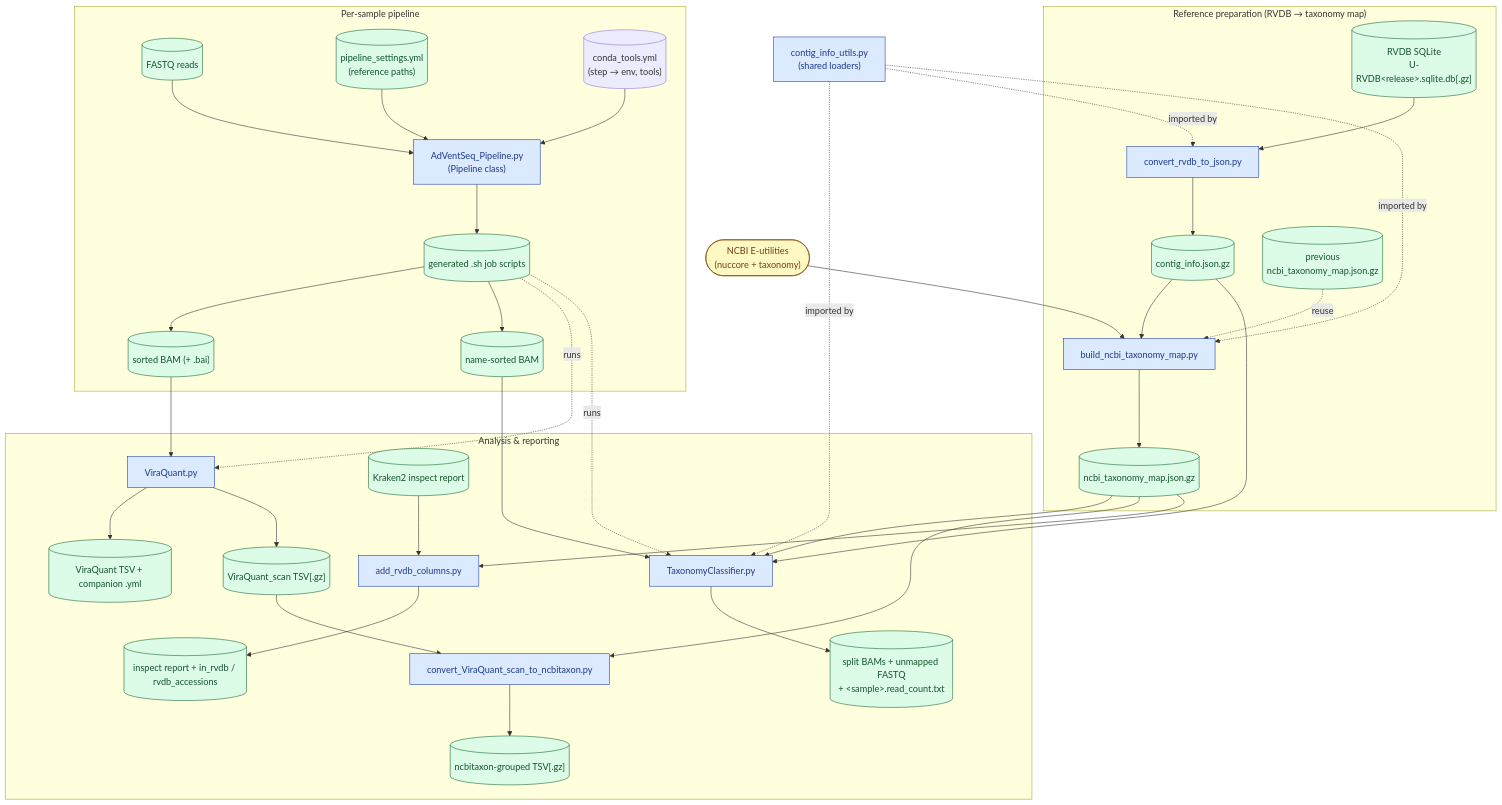
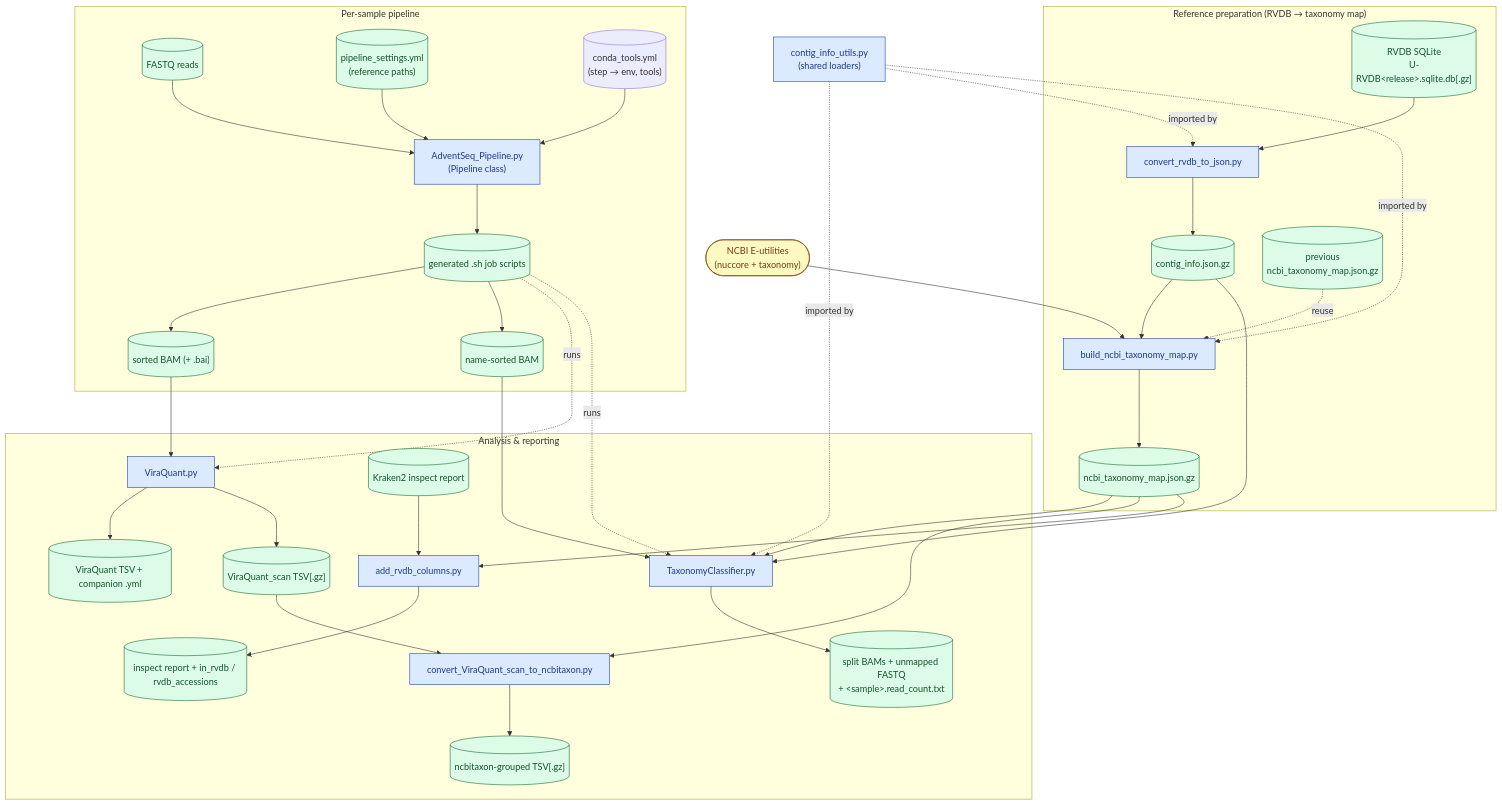
One commit to gongbinsheng/AdventSeq changed the diagram in README.md. Above: the diagram before and after it, drawn with Mermaid. The commit also changed other lines of this file and 28 other files, not shown here.

First line of the commit message:
Rename package AdVentSeq -> AdventSeq; bump to 3.0.0

````diff
--- a/README.md
+++ b/README.md
@@ -14,79 +14,79 @@
 ```mermaid
 flowchart TD
     %% ---- External / shared ----
     NCBI(["NCBI E-utilities<br/>(nuccore + taxonomy)"])
     UTILS["contig_info_utils.py<br/>(shared loaders)"]
 
     %% ===== Reference data preparation =====
     subgraph REF["Reference preparation (RVDB &rarr; taxonomy map)"]
         RVDB[("RVDB SQLite<br/>U-RVDB&lt;release&gt;.sqlite.db[.gz]")]
         CONVERT["convert_rvdb_to_json.py"]
         CONTIG[("contig_info.json.gz")]
         BUILDMAP["build_ncbi_taxonomy_map.py"]
         PREVMAP[("previous<br/>ncbi_taxonomy_map.json.gz")]
         TAXMAP[("ncbi_taxonomy_map.json.gz")]
 
         RVDB --> CONVERT --> CONTIG
         CONTIG --> BUILDMAP --> TAXMAP
         PREVMAP -. reuse .-> BUILDMAP
     end
     NCBI --> BUILDMAP
 
     %% ===== Pipeline / alignment =====
     subgraph PIPE["Per-sample pipeline"]
         FASTQ[("FASTQ reads")]
         SETTINGS[("pipeline_settings.yml<br/>(reference paths)")]
         CONDATOOLS[("conda_tools.yml<br/>(step &rarr; env, tools)")]
-        PIPELINE["AdVentSeq_Pipeline.py<br/>(Pipeline class)"]
+        PIPELINE["AdventSeq_Pipeline.py<br/>(Pipeline class)"]
         JOBS[("generated .sh job scripts")]
         SORTBAM[("sorted BAM (+ .bai)")]
         NAMEBAM[("name-sorted BAM")]
 
         FASTQ --> PIPELINE
         SETTINGS --> PIPELINE
         CONDATOOLS --> PIPELINE
         PIPELINE --> JOBS
         JOBS --> SORTBAM
         JOBS --> NAMEBAM
     end
 
     %% ===== Analysis tools =====
     subgraph ANALYSIS["Analysis & reporting"]
         TAXCLASS["TaxonomyClassifier.py"]
         SPLIT[("split BAMs + unmapped FASTQ<br/>+ &lt;sample&gt;.read_count.txt")]
         VIRAQUANT["ViraQuant.py"]
         VQOUT[("ViraQuant TSV + companion .yml")]
         SCAN[("ViraQuant_scan TSV[.gz]")]
         CONVSCAN["convert_ViraQuant_scan_to_ncbitaxon.py"]
         NCBITAX[("ncbitaxon-grouped TSV[.gz]")]
         KRAKEN[("Kraken2 inspect report")]
         ADDRVDB["add_rvdb_columns.py"]
         RVDBTSV[("inspect report + in_rvdb / rvdb_accessions")]
 
         NAMEBAM --> TAXCLASS --> SPLIT
         SORTBAM --> VIRAQUANT
         VIRAQUANT --> VQOUT
         VIRAQUANT --> SCAN --> CONVSCAN --> NCBITAX
         KRAKEN --> ADDRVDB --> RVDBTSV
     end
 
     %% ---- cross-stage data files ----
     CONTIG --> TAXCLASS
     TAXMAP --> TAXCLASS
     TAXMAP --> CONVSCAN
     TAXMAP --> ADDRVDB
 
     %% ---- orchestration / dependencies ----
     JOBS -. runs .-> VIRAQUANT
     JOBS -. runs .-> TAXCLASS
     UTILS -. imported by .-> CONVERT
     UTILS -. imported by .-> BUILDMAP
     UTILS -. imported by .-> TAXCLASS
 
     classDef script fill:#dbeafe,stroke:#1e40af,color:#1e3a8a;
     classDef data fill:#dcfce7,stroke:#166534,color:#14532d;
     classDef ext fill:#fef9c3,stroke:#854d0e,color:#713f12;
     class CONVERT,BUILDMAP,PIPELINE,TAXCLASS,VIRAQUANT,CONVSCAN,ADDRVDB,UTILS script;
     class RVDB,CONTIG,PREVMAP,TAXMAP,FASTQ,SETTINGS,JOBS,SORTBAM,NAMEBAM,SPLIT,VQOUT,SCAN,NCBITAX,KRAKEN,RVDBTSV data;
     class NCBI ext;
 ```
````
